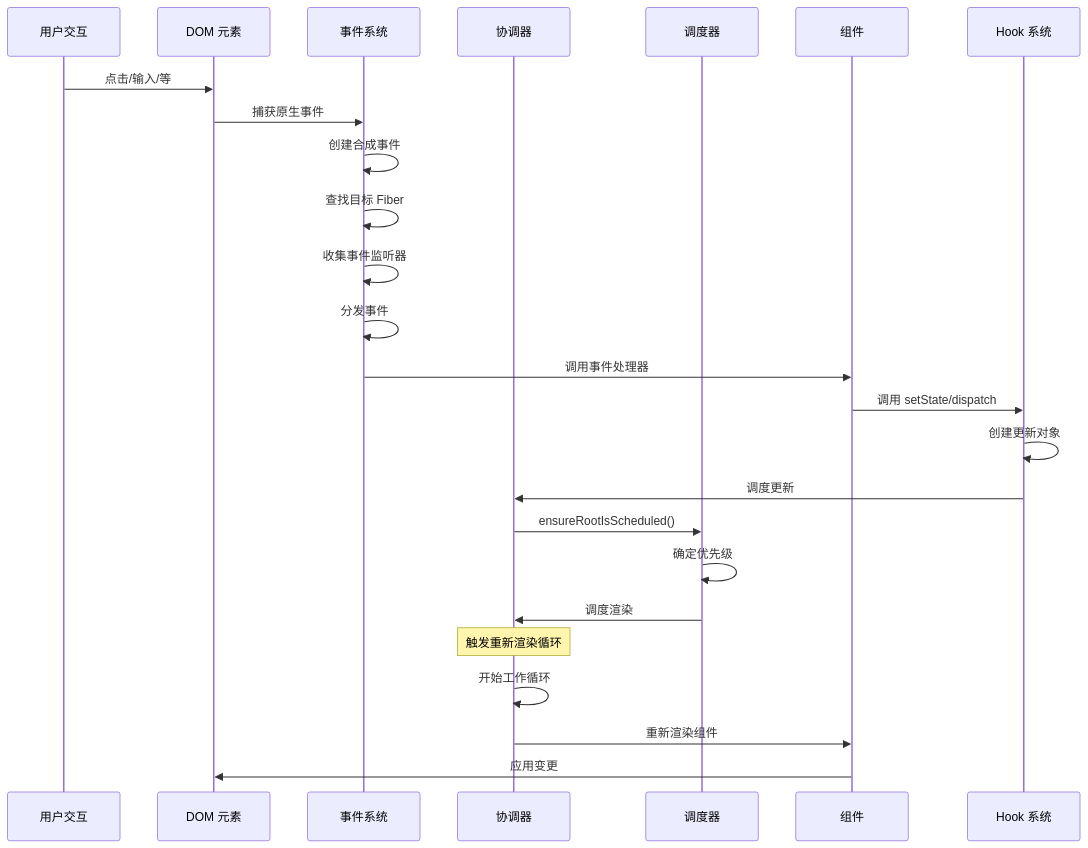
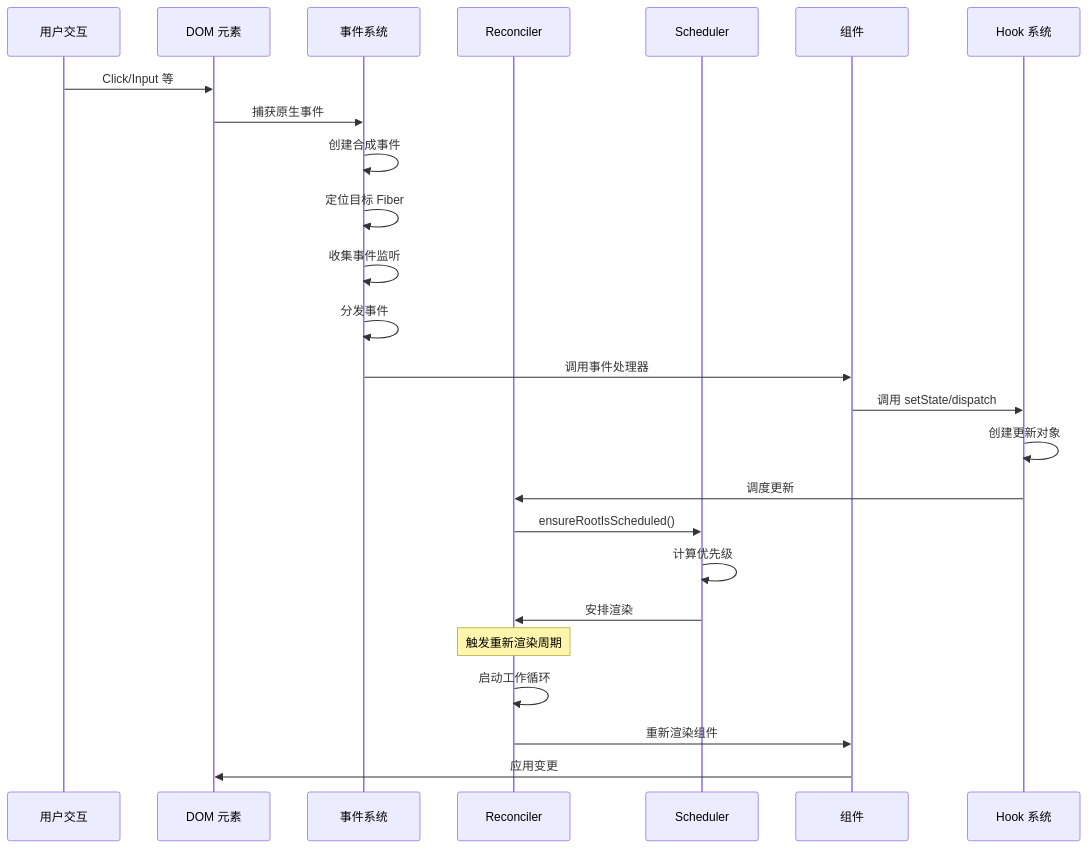
The seventh of 11 diagrams in README_CN.md (changcheng1/react18-source-implementation), drawn with Mermaid before and after one commit. The commit also changed other lines of this file, not shown here.

````diff
--- a/README_CN.md
+++ b/README_CN.md
@@ -1931,31 +1062,31 @@
 ```mermaid
 sequenceDiagram
     participant User as 用户交互
     participant DOM as DOM 元素
     participant EventSystem as 事件系统
-    participant Reconciler as 协调器
-    participant Scheduler as 调度器
+    participant Reconciler as Reconciler
+    participant Scheduler as Scheduler
     participant Component as 组件
     participant Hooks as Hook 系统
 
-    User->>DOM: 点击/输入/等
+    User->>DOM: Click/Input 等
     DOM->>EventSystem: 捕获原生事件
     EventSystem->>EventSystem: 创建合成事件
-    EventSystem->>EventSystem: 查找目标 Fiber
-    EventSystem->>EventSystem: 收集事件监听器
+    EventSystem->>EventSystem: 定位目标 Fiber
+    EventSystem->>EventSystem: 收集事件监听
     EventSystem->>EventSystem: 分发事件
 
     EventSystem->>Component: 调用事件处理器
     Component->>Hooks: 调用 setState/dispatch
     Hooks->>Hooks: 创建更新对象
     Hooks->>Reconciler: 调度更新
 
     Reconciler->>Scheduler: ensureRootIsScheduled()
-    Scheduler->>Scheduler: 确定优先级
-    Scheduler->>Reconciler: 调度渲染
+    Scheduler->>Scheduler: 计算优先级
+    Scheduler->>Reconciler: 安排渲染
 
-    Note over Reconciler: 触发重新渲染循环
-    Reconciler->>Reconciler: 开始工作循环
+    Note over Reconciler: 触发重新渲染周期
+    Reconciler->>Reconciler: 启动工作循环
     Reconciler->>Component: 重新渲染组件
     Component->>DOM: 应用变更
 ```
````
